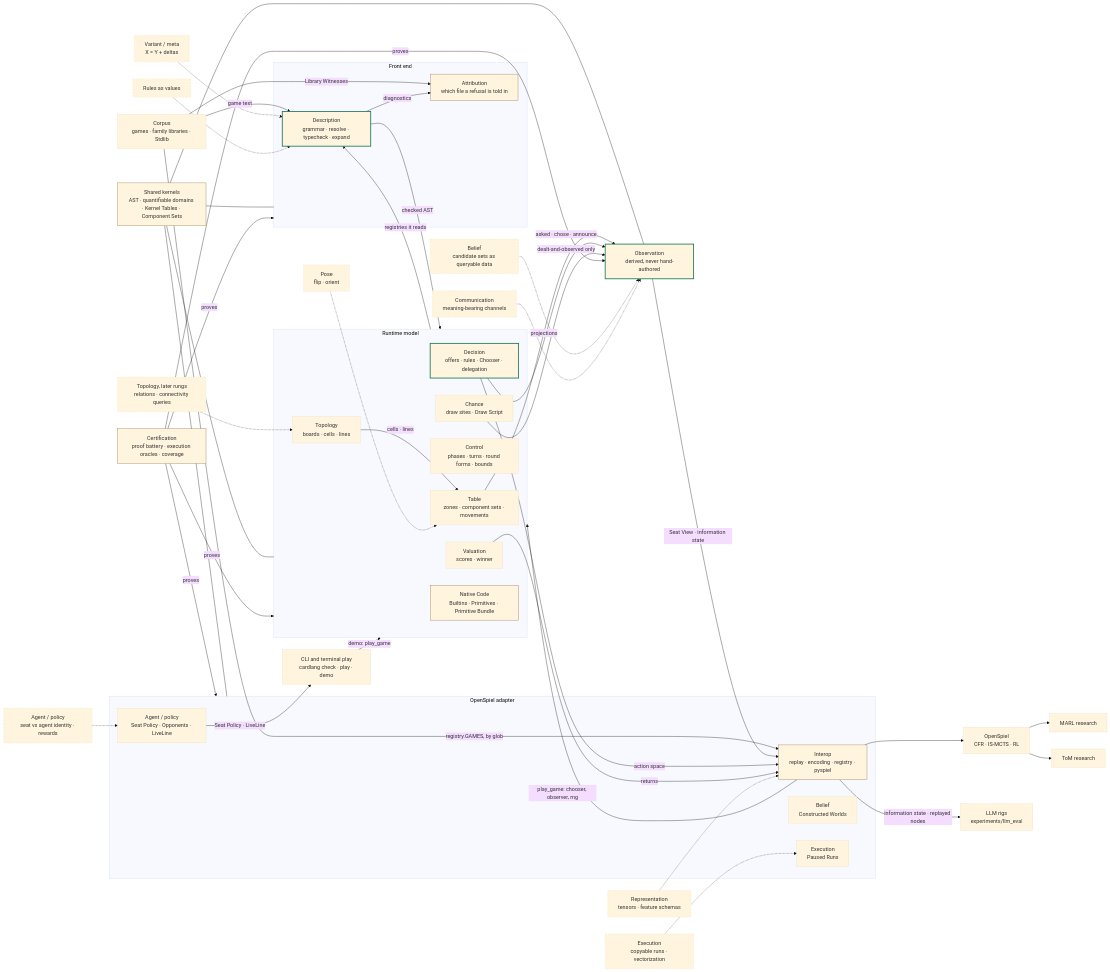
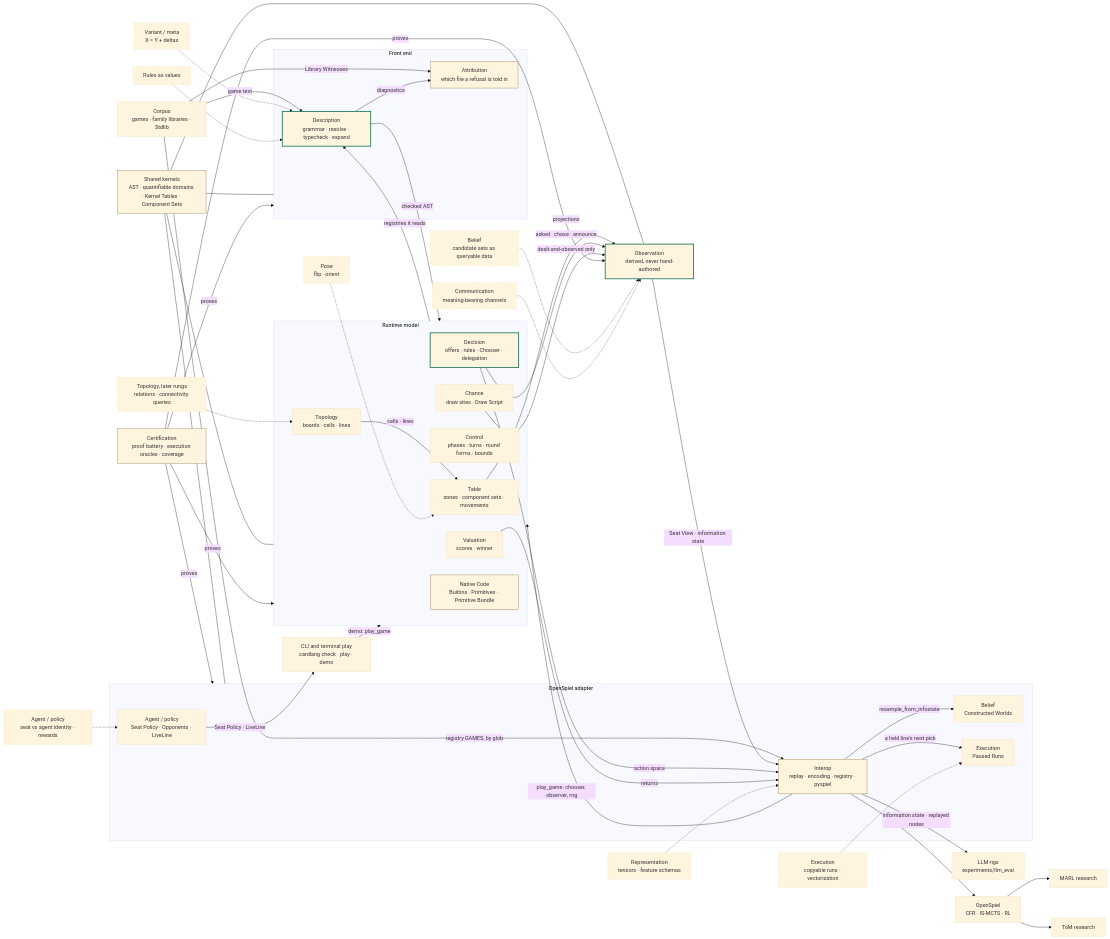
One commit to jbgh2/card-game-dsl changed the diagram in docs/design-notes/domain-map.md. Above: the diagram before and after it, drawn with Mermaid (base theme). The commit also changed other lines of this file, not shown here.

First line of the commit message:
The map draws Belief and Execution as live edges, and the codec tension claims only what the encoder shows

````diff
--- a/docs/design-notes/domain-map.md
+++ b/docs/design-notes/domain-map.md
@@ -20,69 +20,71 @@
 ```mermaid
 flowchart LR
   classDef core stroke:#1E7A5A,stroke-width:2.5px
   classDef future stroke-dasharray: 5 4
   classDef infra stroke:#8A6D3B
 
   corpus[Corpus<br/>games · family libraries · Stdlib]
   subgraph front [Front end]
     desc[Description<br/>grammar · resolve · typecheck · expand]:::core
     attr[Attribution<br/>which file a refusal is told in]:::infra
   end
   kernels[Shared kernels<br/>AST · quantifiable domains · Kernel Tables · Component Sets]:::infra
   subgraph runtime [Runtime model]
     table[Table<br/>zones · component sets · movements]
     topo[Topology<br/>boards · cells · lines]
     decision[Decision<br/>offers · rules · Chooser · delegation]:::core
     control[Control<br/>phases · turns · round forms · bounds]
     chance[Chance<br/>draw sites · Draw Script]
     valuation[Valuation<br/>scores · winner]
     native[Native Code<br/>Builtins · Primitives · Primitive Bundle]:::infra
   end
   obs[Observation<br/>derived, never hand-authored]:::core
   subgraph adapter [OpenSpiel adapter]
     interop[Interop<br/>replay · encoding · registry · pyspiel]:::infra
     agent[Agent / policy<br/>Seat Policy · Opponents · LiveLine]
     belief[Belief<br/>Constructed Worlds]
     exec[Execution<br/>Paused Runs]
   end
   cert[Certification<br/>proof battery · execution oracles · coverage]:::infra
 
   corpus -- game text --> desc
   corpus -- Library Witnesses --> attr
   corpus -- "registry.GAMES, by glob" --> interop
   desc -- diagnostics --> attr
   desc -- checked AST --> runtime
   runtime -- registries it reads --> desc
   kernels --- front
   kernels --- runtime
   kernels --- obs
   kernels --- adapter
   topo -- cells · lines --> table
   table -- projections --> obs
   decision -- "asked · chose · announce" --> obs
   chance -- dealt-and-observed only --> obs
   interop -- "play_game: chooser, observer, rng" --> runtime
   obs -- "Seat View · information state" --> interop
   decision -- action space --> interop
   valuation -- returns --> interop
+  interop -- resample_from_infostate --> belief
+  interop -- "a held line's next pick" --> exec
   cert -- proves --> front
   cert -- proves --> runtime
   cert -- proves --> obs
   cert -- proves --> adapter
   interop --> algos[OpenSpiel<br/>CFR · IS-MCTS · RL]
   agent -- "Seat Policy · LiveLine" --> cli[CLI and terminal play<br/>cardlang check · play · demo]
   cli -- "demo: play_game" --> runtime
   interop -- "information state · replayed nodes" --> rigs[LLM rigs<br/>experiments/llm_eval]
   algos --> marl[MARL research]
   algos --> tom[ToM research]
 
   topoNext[Topology, later rungs<br/>relations · connectivity queries]:::future -.-> topo
   pose[Pose<br/>flip · orient]:::future -.-> table
   beliefNext[Belief<br/>candidate sets as queryable data]:::future -.-> obs
   comm[Communication<br/>meaning-bearing channels]:::future -.-> obs
   repr[Representation<br/>tensors · feature schemas]:::future -.-> interop
   execNext[Execution<br/>copyable runs · vectorization]:::future -.-> exec
   agentNext[Agent / policy<br/>seat vs agent identity · rewards]:::future -.-> agent
   variant[Variant / meta<br/>X = Y + deltas]:::future -.-> desc
   rules[Rules as values]:::future -.-> desc
 ```
````
